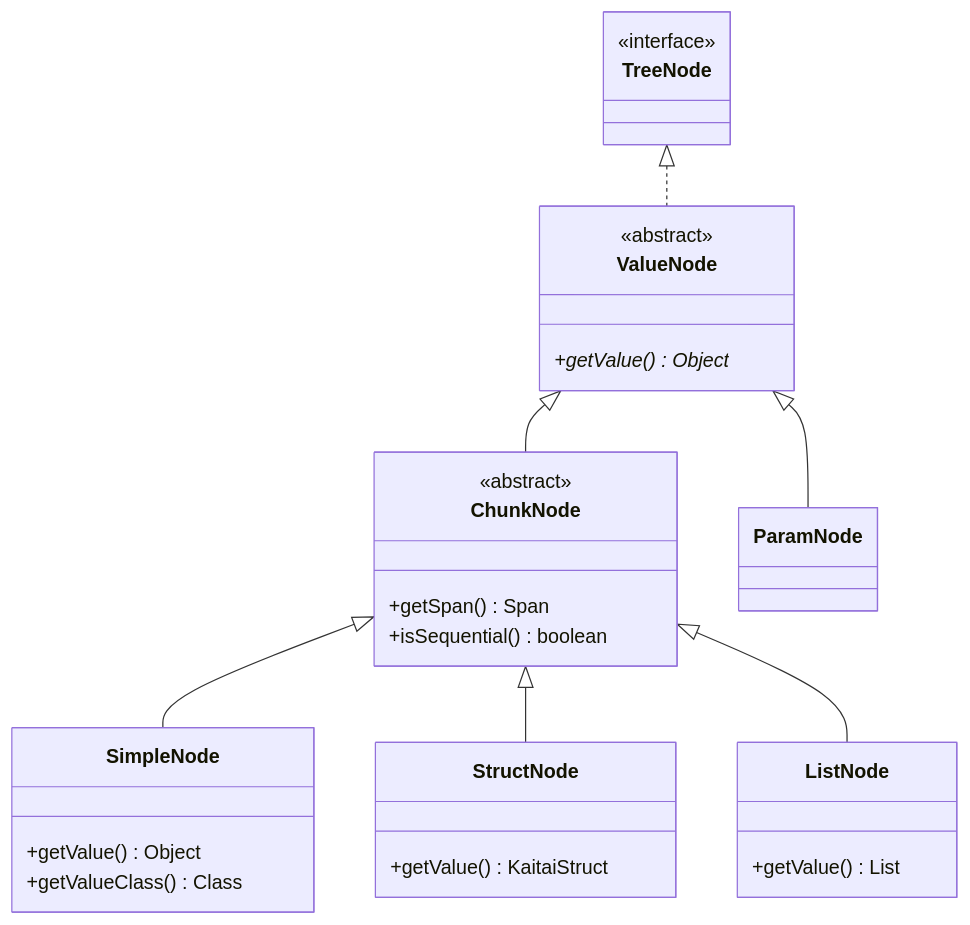
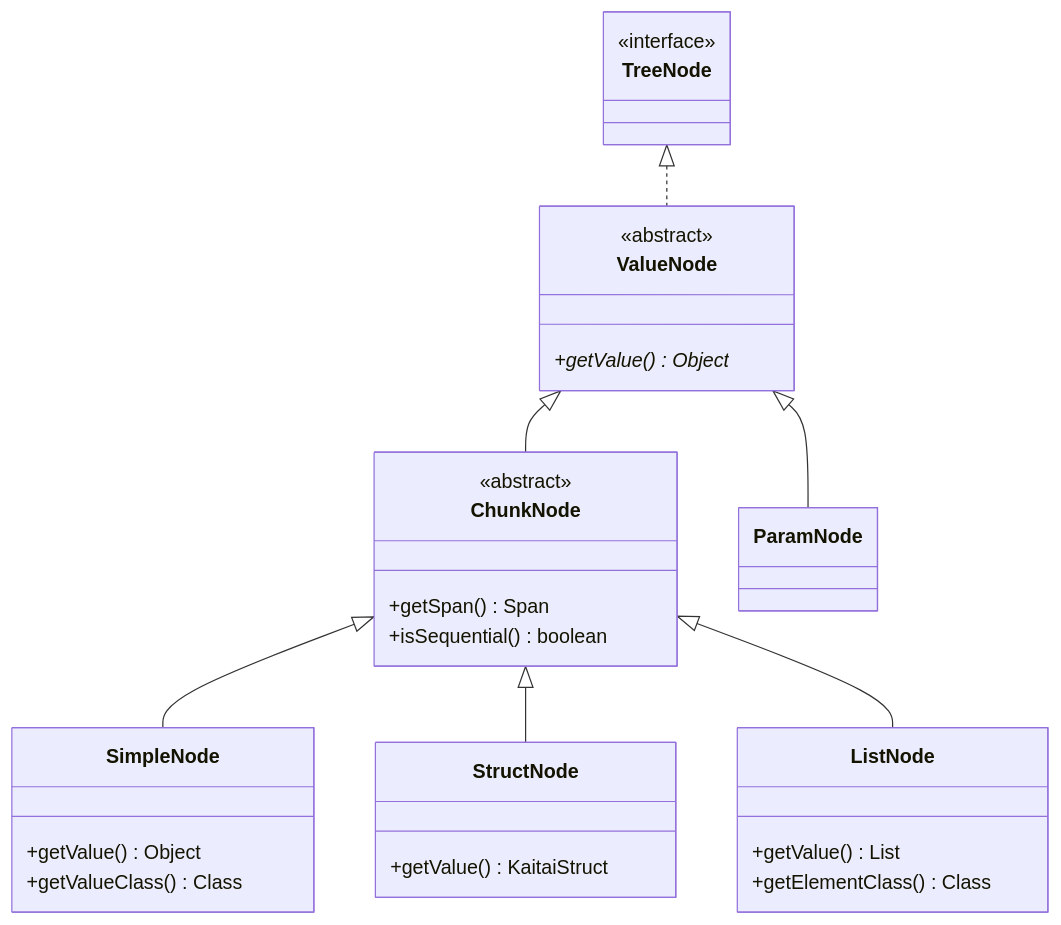
One commit to pfroud/kaitai_struct_model changed the diagram in README.md. Above: the diagram before and after it, drawn with Mermaid.

Commit message:
Add `getElementClass()` into class diagram

````diff
--- a/README.md
+++ b/README.md
@@ -66,32 +66,33 @@
 ```mermaid
 classDiagram
 TreeNode <|.. ValueNode
   ValueNode <|-- ChunkNode
     ChunkNode <|-- SimpleNode
     ChunkNode <|-- StructNode
     ChunkNode <|-- ListNode
   ValueNode <|-- ParamNode
 
 class TreeNode {
   <<interface>>
 }
 class ValueNode {
   <<abstract>>
   +getValue()* Object
 }
 class ChunkNode {
   <<abstract>>
   +getSpan() Span
   +isSequential() boolean
 }
 class SimpleNode {
   +getValue() Object
   +getValueClass() Class
 }
 class StructNode {
   +getValue() KaitaiStruct
 }
 class ListNode {
   +getValue() List
+  +getElementClass() Class
 }
 ```
````
